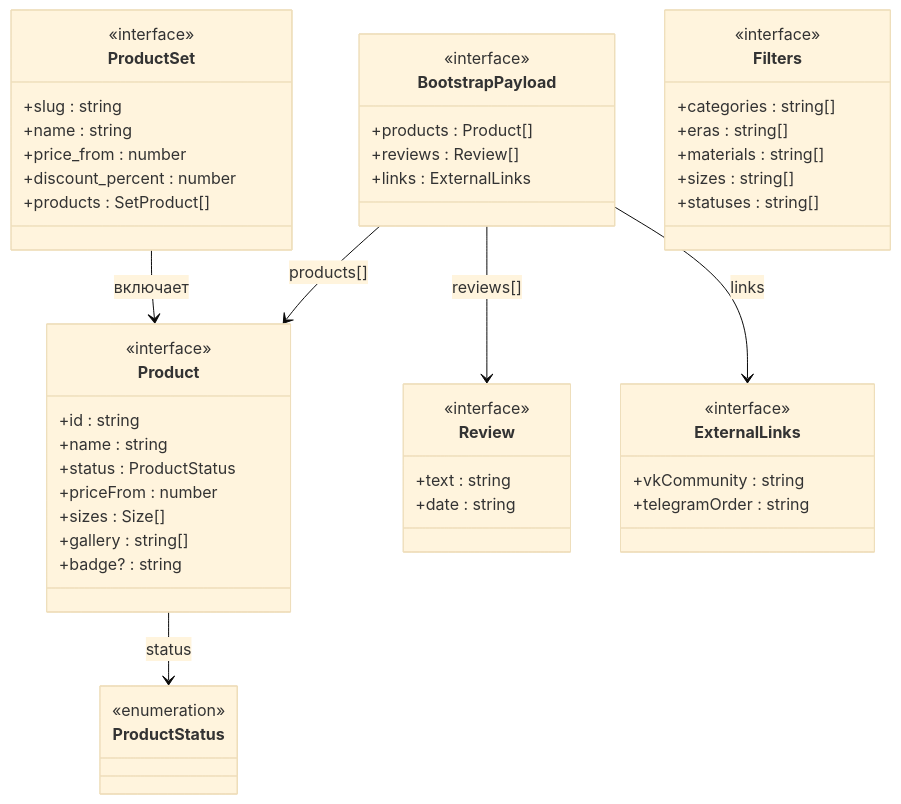
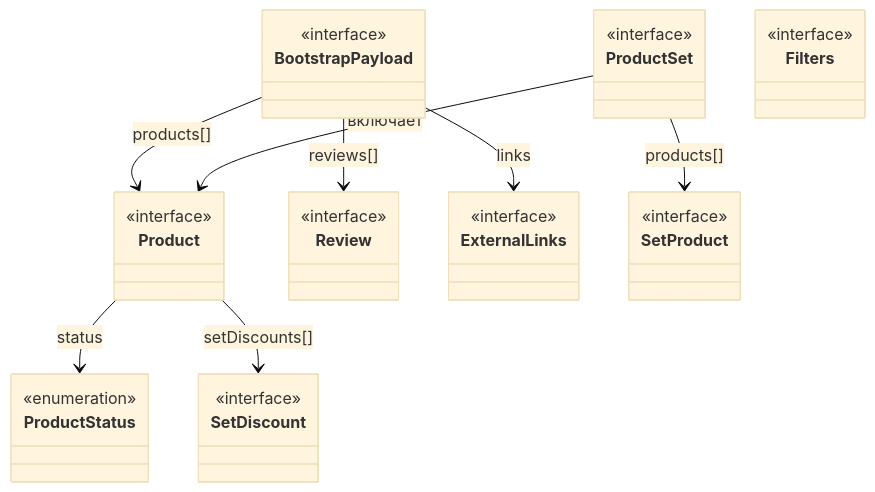
The diagram in docs/fig7_typescript_uml.mmd (Morivan/-Calradia), drawn with Mermaid (base theme) before and after one commit. The commit also changed 1 other file, not shown here.

```diff
--- a/docs/fig7_typescript_uml.mmd
+++ b/docs/fig7_typescript_uml.mmd
@@ -1,60 +1,38 @@
 classDiagram
     direction TB
 
     class BootstrapPayload {
         <<interface>>
-        +products : Product[]
-        +reviews  : Review[]
-        +links    : ExternalLinks
     }
-
     class Product {
         <<interface>>
-        +id        : string
-        +name      : string
-        +status    : ProductStatus
-        +priceFrom : number
-        +sizes     : Size[]
-        +gallery   : string[]
-        +badge?    : string
     }
-
     class ProductSet {
         <<interface>>
-        +slug             : string
-        +name             : string
-        +price_from       : number
-        +discount_percent : number
-        +products         : SetProduct[]
     }
-
     class Review {
         <<interface>>
-        +text  : string
-        +date  : string
     }
-
     class ExternalLinks {
         <<interface>>
-        +vkCommunity   : string
-        +telegramOrder : string
     }
-
     class Filters {
         <<interface>>
-        +categories : string[]
-        +eras       : string[]
-        +materials  : string[]
-        +sizes      : string[]
-        +statuses   : string[]
     }
-
     class ProductStatus {
         <<enumeration>>
     }
+    class SetProduct {
+        <<interface>>
+    }
+    class SetDiscount {
+        <<interface>>
+    }
 
-    BootstrapPayload --> Product      : products[]
-    BootstrapPayload --> Review       : reviews[]
+    BootstrapPayload --> Product       : products[]
+    BootstrapPayload --> Review        : reviews[]
     BootstrapPayload --> ExternalLinks : links
     Product          --> ProductStatus : status
-    ProductSet       --> Product      : включает
+    Product          --> SetDiscount   : setDiscounts[]
+    ProductSet       --> Product       : включает
+    ProductSet       --> SetProduct    : products[]
```
